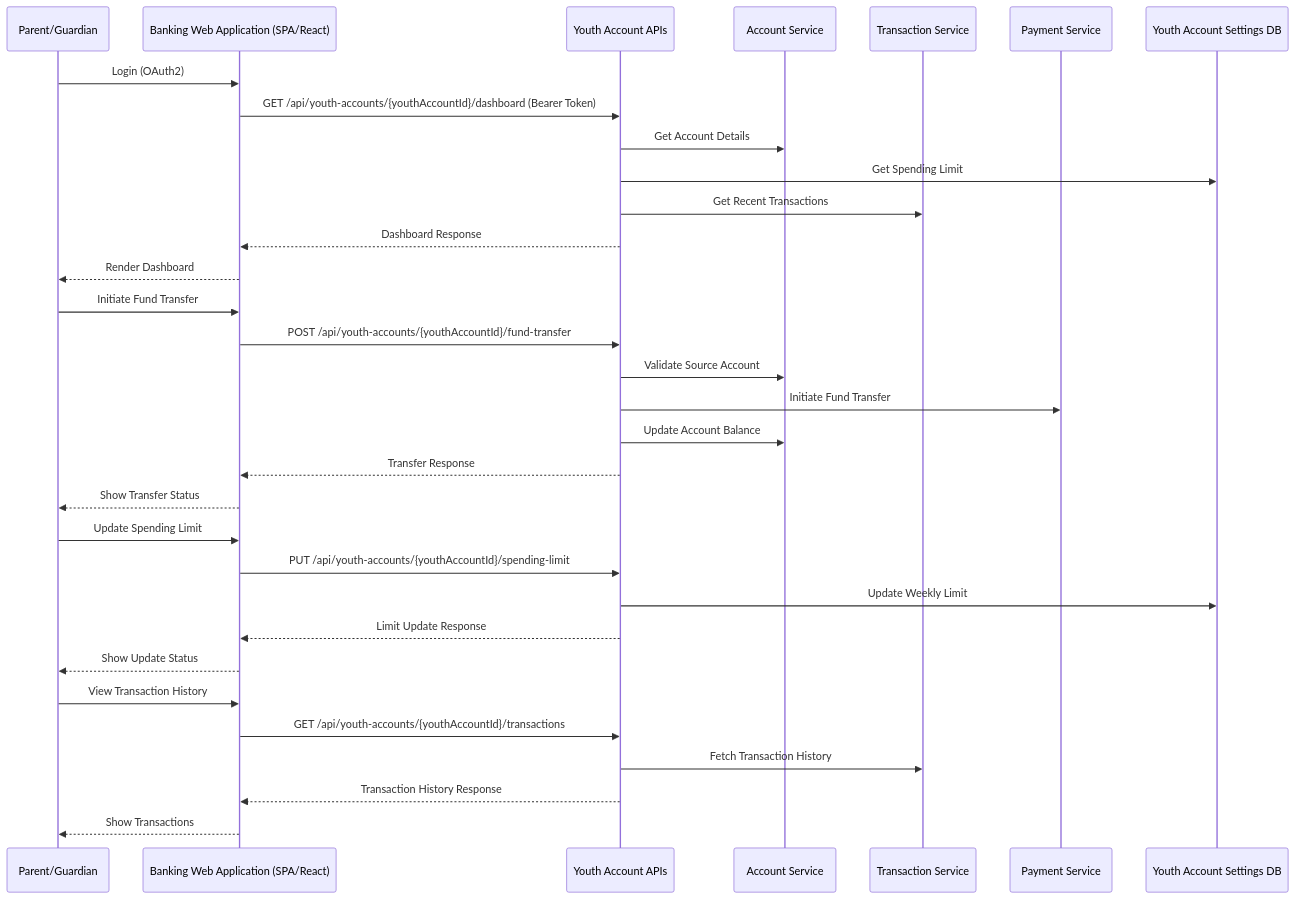
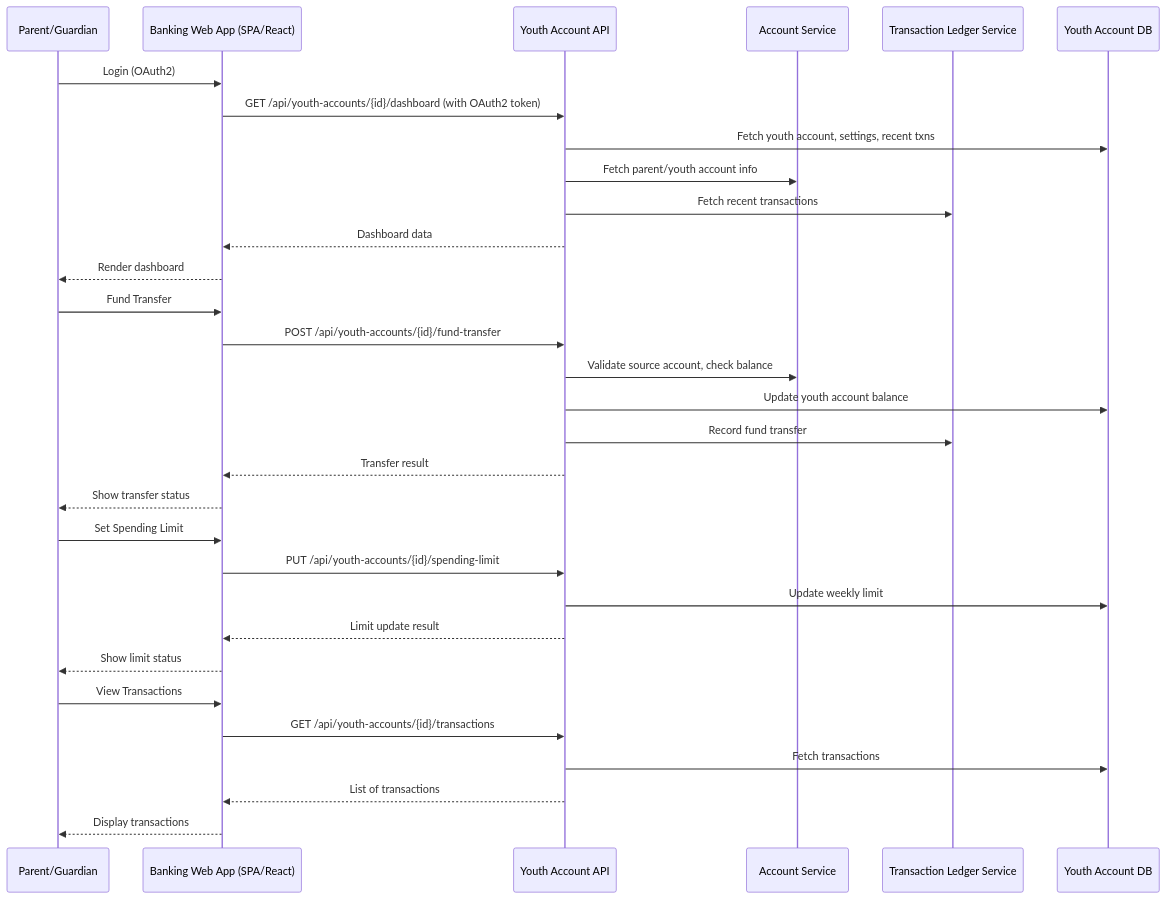
One commit to Ascend-Krithi/SCIB-Inception changed the diagram in Components and Sequence Diagrams/sequence_diagram.mmd. Above: the diagram before and after it, drawn with Mermaid. The commit also changed 1 other file, not shown here.

```diff
--- a/Components and Sequence Diagrams/sequence_diagram.mmd
+++ b/Components and Sequence Diagrams/sequence_diagram.mmd
@@ -1,41 +1,36 @@
-%% Sequence Diagram: Parent-Youth Account Management
+%% Sequence Diagram for Youth Account Management APIs
 sequenceDiagram
-  participant Parent as Parent/Guardian
-  participant WebApp as Banking Web Application (SPA/React)
-  participant API as Youth Account APIs
-  participant AccountSvc as Account Service
-  participant TransSvc as Transaction Service
-  participant PaymentSvc as Payment Service
-  participant SettingsDB as Youth Account Settings DB
+    participant Parent as Parent/Guardian
+    participant WebApp as Banking Web App (SPA/React)
+    participant API as Youth Account API
+    participant AccountSvc as Account Service
+    participant TxnSvc as Transaction Ledger Service
+    participant DB as Youth Account DB
 
-  %% Dashboard Access
-  Parent->>WebApp: Login (OAuth2)
-  WebApp->>API: GET /api/youth-accounts/{youthAccountId}/dashboard (Bearer Token)
-  API->>AccountSvc: Get Account Details
-  API->>SettingsDB: Get Spending Limit
-  API->>TransSvc: Get Recent Transactions
-  API-->>WebApp: Dashboard Response
-  WebApp-->>Parent: Render Dashboard
+    Parent->>WebApp: Login (OAuth2)
+    WebApp->>API: GET /api/youth-accounts/{id}/dashboard (with OAuth2 token)
+    API->>DB: Fetch youth account, settings, recent txns
+    API->>AccountSvc: Fetch parent/youth account info
+    API->>TxnSvc: Fetch recent transactions
+    API-->>WebApp: Dashboard data
+    WebApp-->>Parent: Render dashboard
 
-  %% Fund Transfer
-  Parent->>WebApp: Initiate Fund Transfer
-  WebApp->>API: POST /api/youth-accounts/{youthAccountId}/fund-transfer
-  API->>AccountSvc: Validate Source Account
-  API->>PaymentSvc: Initiate Fund Transfer
-  API->>AccountSvc: Update Account Balance
-  API-->>WebApp: Transfer Response
-  WebApp-->>Parent: Show Transfer Status
+    Parent->>WebApp: Fund Transfer
+    WebApp->>API: POST /api/youth-accounts/{id}/fund-transfer
+    API->>AccountSvc: Validate source account, check balance
+    API->>DB: Update youth account balance
+    API->>TxnSvc: Record fund transfer
+    API-->>WebApp: Transfer result
+    WebApp-->>Parent: Show transfer status
 
-  %% Update Spending Limit
-  Parent->>WebApp: Update Spending Limit
-  WebApp->>API: PUT /api/youth-accounts/{youthAccountId}/spending-limit
-  API->>SettingsDB: Update Weekly Limit
-  API-->>WebApp: Limit Update Response
-  WebApp-->>Parent: Show Update Status
+    Parent->>WebApp: Set Spending Limit
+    WebApp->>API: PUT /api/youth-accounts/{id}/spending-limit
+    API->>DB: Update weekly limit
+    API-->>WebApp: Limit update result
+    WebApp-->>Parent: Show limit status
 
-  %% Transaction History
-  Parent->>WebApp: View Transaction History
-  WebApp->>API: GET /api/youth-accounts/{youthAccountId}/transactions
-  API->>TransSvc: Fetch Transaction History
-  API-->>WebApp: Transaction History Response
-  WebApp-->>Parent: Show Transactions
+    Parent->>WebApp: View Transactions
+    WebApp->>API: GET /api/youth-accounts/{id}/transactions
+    API->>DB: Fetch transactions
+    API-->>WebApp: List of transactions
+    WebApp-->>Parent: Display transactions
```
